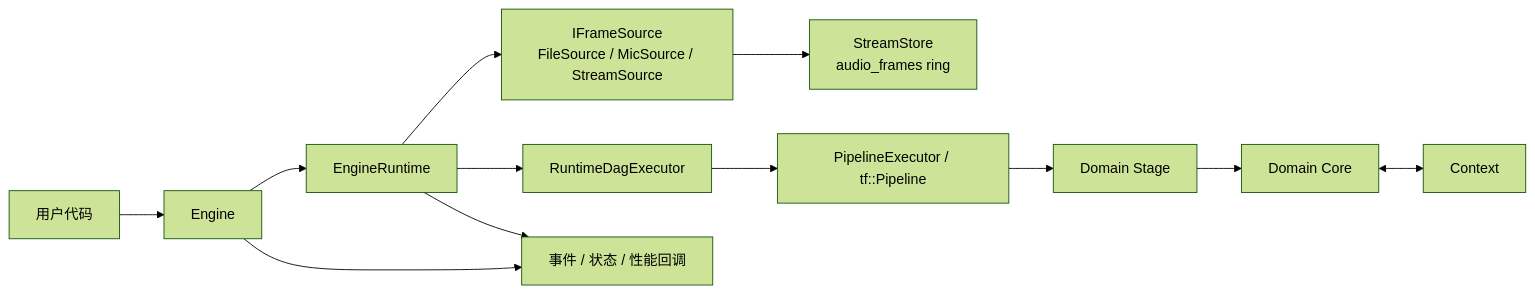
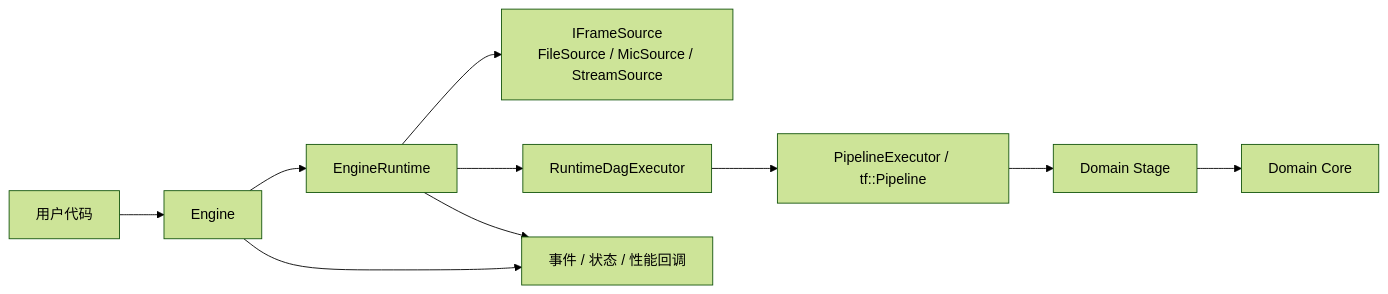
Before and after one commit to eagle-yw/Yspeech: the first of 5 diagrams in doc/design.md, drawn with Mermaid (forest theme). The commit also changed other lines of this file and 22 other files, not shown here.

````diff
--- a/doc/design.md
+++ b/doc/design.md
@@ -13,26 +13,22 @@
 ```mermaid
 flowchart LR
     user[用户代码]
     engine[Engine]
     runtime[EngineRuntime]
     source[IFrameSource<br/>FileSource / MicSource / StreamSource]
-    store[StreamStore<br/>audio_frames ring]
     dag[RuntimeDagExecutor]
     pipe[PipelineExecutor / tf::Pipeline]
     stage[Domain Stage]
     core[Domain Core]
-    ctx[Context]
     callback[事件 / 状态 / 性能回调]
 
     user --> engine
     engine --> runtime
     runtime --> source
-    source --> store
     runtime --> dag
     dag --> pipe
     pipe --> stage
     stage --> core
-    core <--> ctx
     runtime --> callback
     engine --> callback
 ```
````
